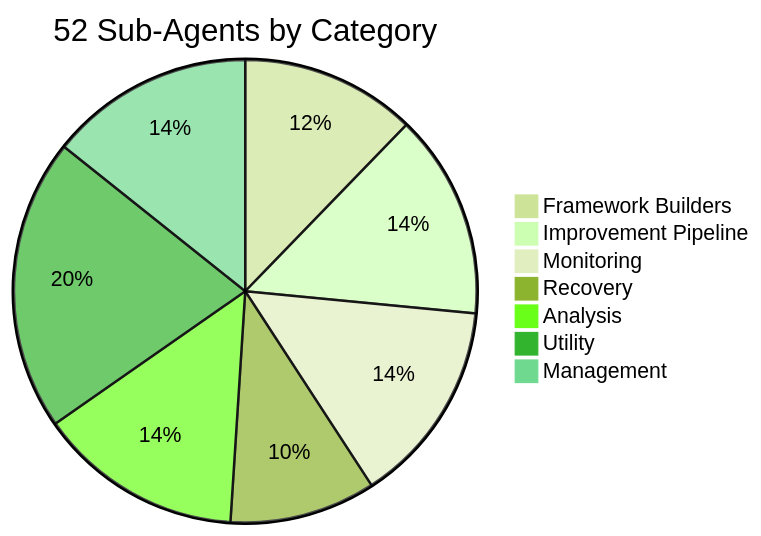
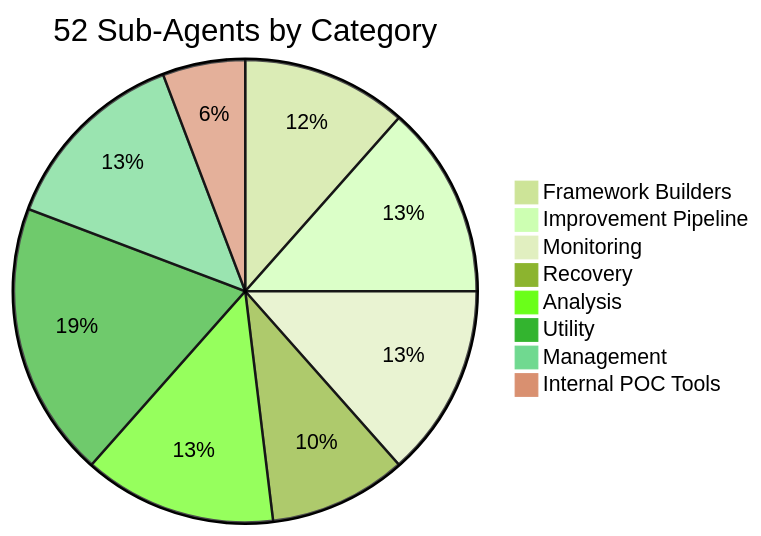
One commit to mczardybon/mas-engineer changed the first of 4 diagrams in docs/agents.md. Above: the diagram before and after it, drawn with Mermaid (forest theme). The commit also changed other lines of this file and 1 other file, not shown here.

First line of the commit message:
fix(docs): add missing 3 Internal POC Tools to catalog (49→52)

````diff
--- a/docs/agents.md
+++ b/docs/agents.md
@@ -5,10 +5,11 @@
 ```mermaid
 pie title 52 Sub-Agents by Category
     "Framework Builders" : 6
     "Improvement Pipeline" : 7
     "Monitoring" : 7
     "Recovery" : 5
     "Analysis" : 7
     "Utility" : 10
     "Management" : 7
+    "Internal POC Tools" : 3
 ```
````
